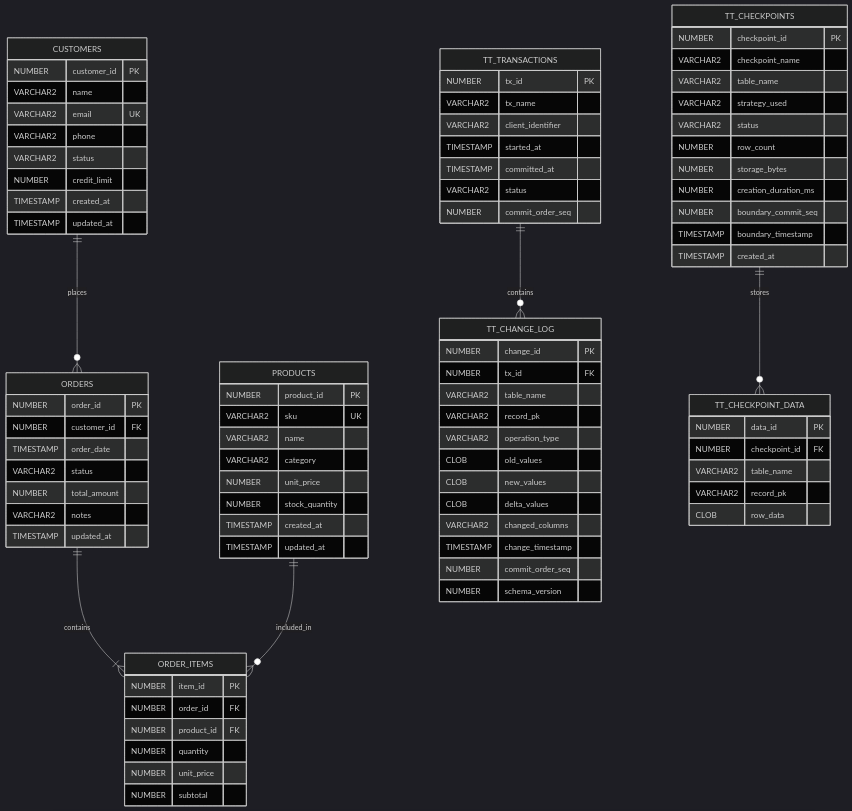
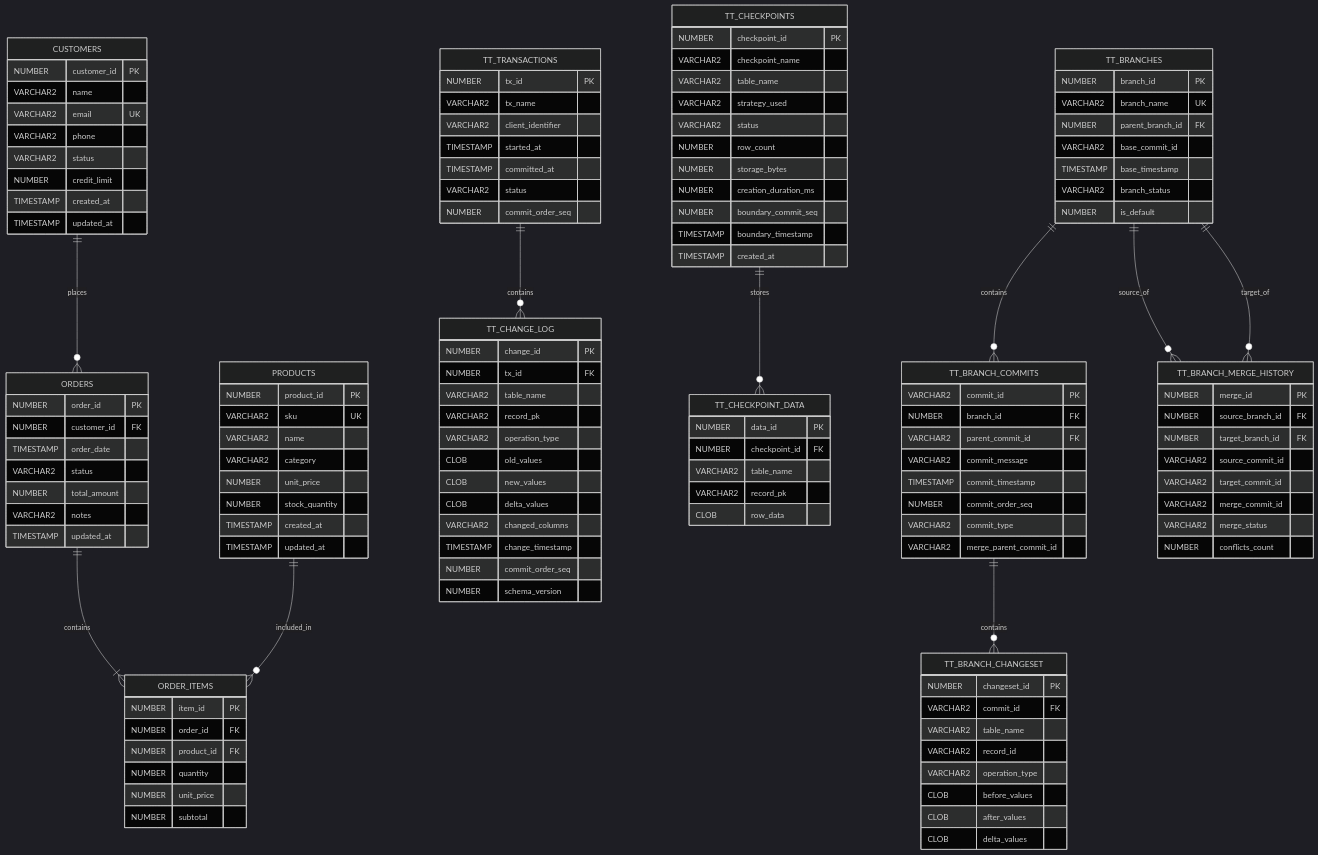
The diagram in docs/DATABASE_DESIGN.md (BhanuPatnam/Time-Travel-Database), drawn with Mermaid (dark theme) before and after one commit. The commit also changed other lines of this file and 18 other files, not shown here.

Commit message:
Branced Timelines

````diff
--- a/docs/DATABASE_DESIGN.md
+++ b/docs/DATABASE_DESIGN.md
@@ -14,6 +14,11 @@
 
     TT_TRANSACTIONS ||--o{ TT_CHANGE_LOG : contains
     TT_CHECKPOINTS ||--o{ TT_CHECKPOINT_DATA : stores
+
+    TT_BRANCHES ||--o{ TT_BRANCH_COMMITS : contains
+    TT_BRANCH_COMMITS ||--o{ TT_BRANCH_CHANGESET : contains
+    TT_BRANCHES ||--o{ TT_BRANCH_MERGE_HISTORY : source_of
+    TT_BRANCHES ||--o{ TT_BRANCH_MERGE_HISTORY : target_of
 
     CUSTOMERS {
         NUMBER customer_id PK
@@ -102,4 +107,47 @@
         VARCHAR2 record_pk
         CLOB row_data
     }
+
+    TT_BRANCHES {
+        NUMBER branch_id PK
+        VARCHAR2 branch_name UK
+        NUMBER parent_branch_id FK
+        VARCHAR2 base_commit_id
+        TIMESTAMP base_timestamp
+        VARCHAR2 branch_status
+        NUMBER is_default
+    }
+
+    TT_BRANCH_COMMITS {
+        VARCHAR2 commit_id PK
+        NUMBER branch_id FK
+        VARCHAR2 parent_commit_id FK
+        VARCHAR2 commit_message
+        TIMESTAMP commit_timestamp
+        NUMBER commit_order_seq
+        VARCHAR2 commit_type
+        VARCHAR2 merge_parent_commit_id
+    }
+
+    TT_BRANCH_CHANGESET {
+        NUMBER changeset_id PK
+        VARCHAR2 commit_id FK
+        VARCHAR2 table_name
+        VARCHAR2 record_id
+        VARCHAR2 operation_type
+        CLOB before_values
+        CLOB after_values
+        CLOB delta_values
+    }
+
+    TT_BRANCH_MERGE_HISTORY {
+        NUMBER merge_id PK
+        NUMBER source_branch_id FK
+        NUMBER target_branch_id FK
+        VARCHAR2 source_commit_id
+        VARCHAR2 target_commit_id
+        VARCHAR2 merge_commit_id
+        VARCHAR2 merge_status
+        NUMBER conflicts_count
+    }
 ```
````
